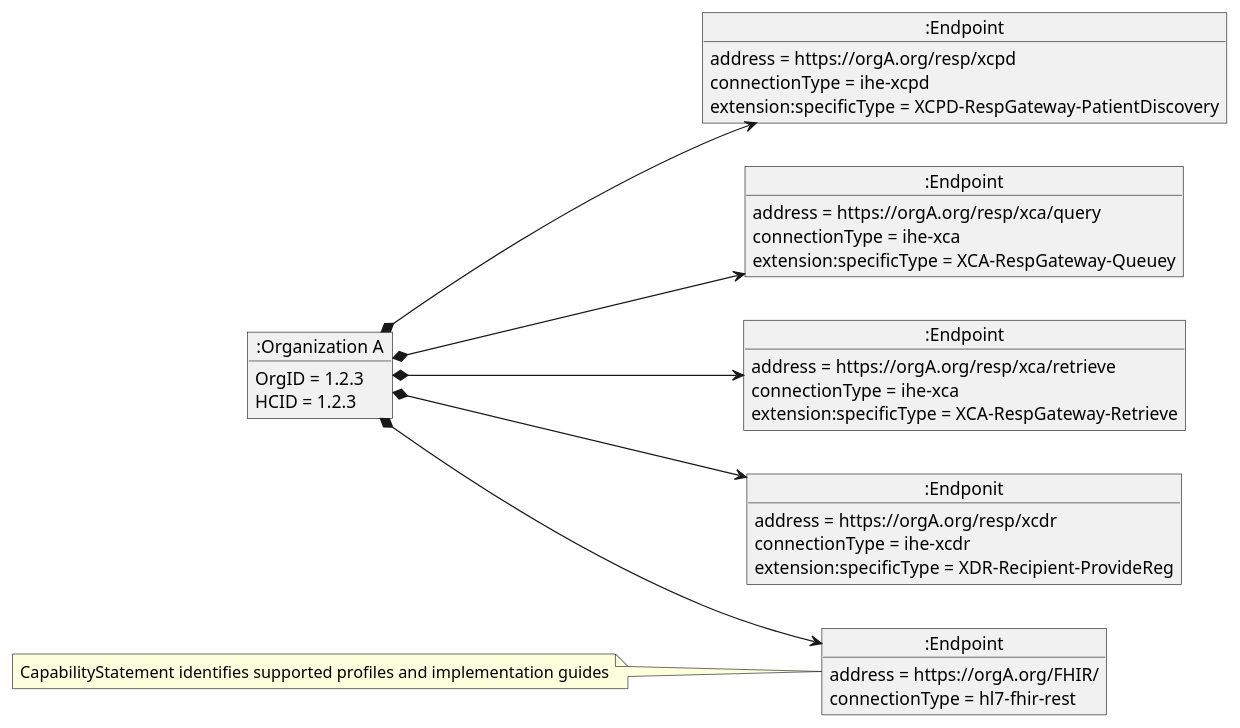
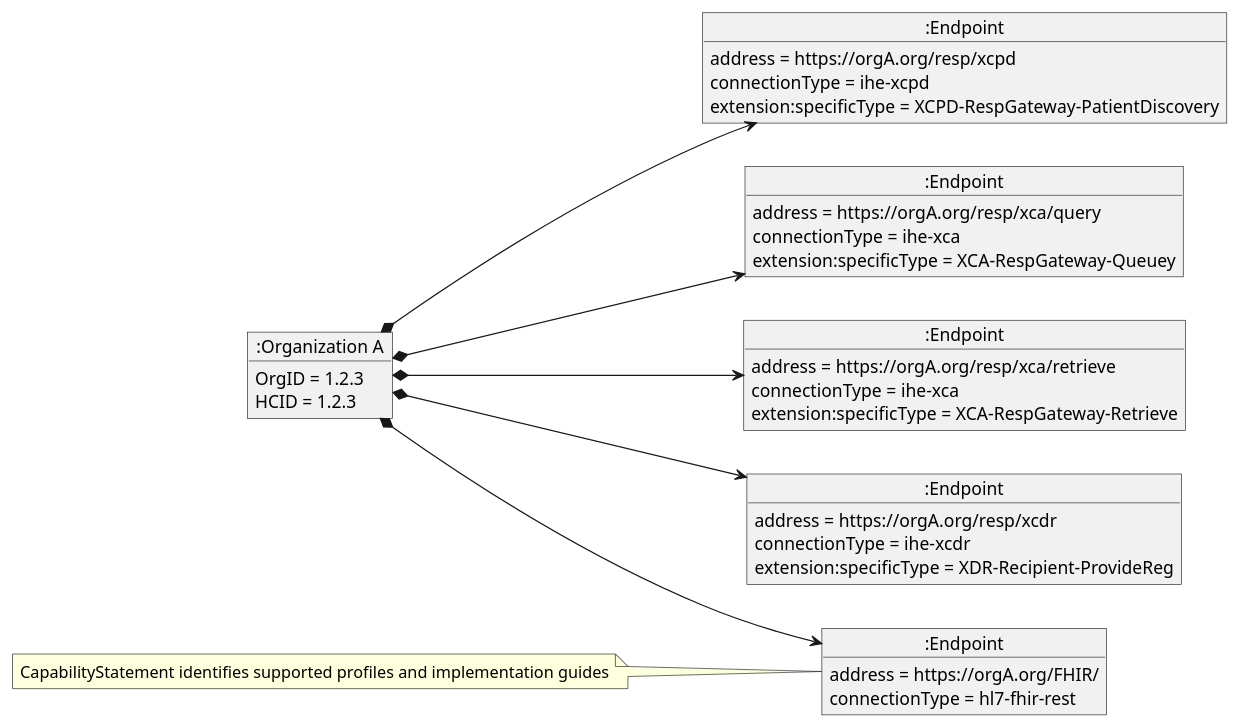
Before and after one commit to IHE/ITI.Topologies: the diagram in images-source/dir-endpoint-xdr-mhd.plantuml, drawn with PlantUML. The commit also changed 1 other file, not shown here.

Commit message:
Fix typo in diagram: endpoint

```diff
--- a/images-source/dir-endpoint-xdr-mhd.plantuml
+++ b/images-source/dir-endpoint-xdr-mhd.plantuml
@@ -1,36 +1,36 @@
 @startuml dir-endpoint-xdr-mhd
 hide footbox
 left to right direction
 
 object ":Organization A" as OrganizationA
 OrganizationA : OrgID = 1.2.3
 OrganizationA : HCID = 1.2.3
 object ":Endpoint" as Responder55
 Responder55 : address = https://orgA.org/resp/xcpd
 Responder55 : connectionType = ihe-xcpd
 Responder55 : extension:specificType = XCPD-RespGateway-PatientDiscovery
 object ":Endpoint" as Responder38
 Responder38 : address = https://orgA.org/resp/xca/query
 Responder38 : connectionType = ihe-xca
 Responder38 : extension:specificType = XCA-RespGateway-Queuey
 object ":Endpoint" as Responder39
 Responder39 : address = https://orgA.org/resp/xca/retrieve
 Responder39 : connectionType = ihe-xca
 Responder39 : extension:specificType = XCA-RespGateway-Retrieve
-object ":Endponit" as Responder41
+object ":Endpoint" as Responder41
 Responder41 : address = https://orgA.org/resp/xcdr
 Responder41 : connectionType = ihe-xcdr
 Responder41 : extension:specificType = XDR-Recipient-ProvideReg
 object ":Endpoint" as ResponderFhir
 ResponderFhir : address = https://orgA.org/FHIR/
 ResponderFhir : connectionType = hl7-fhir-rest
 
 OrganizationA *--> Responder55
 OrganizationA *--> Responder38
 OrganizationA *--> Responder39
 OrganizationA *--> Responder41
 OrganizationA *--> ResponderFhir
 note "CapabilityStatement identifies supported profiles and implementation guides" as N1
 N1 .. ResponderFhir
 
 @enduml
```
